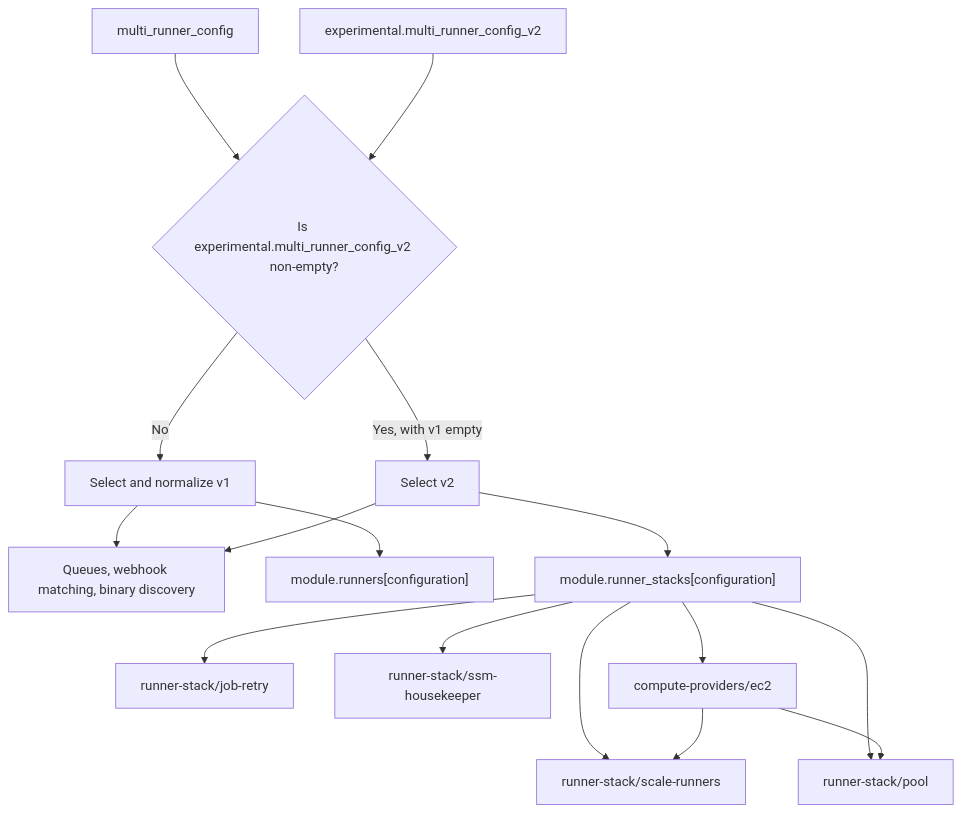
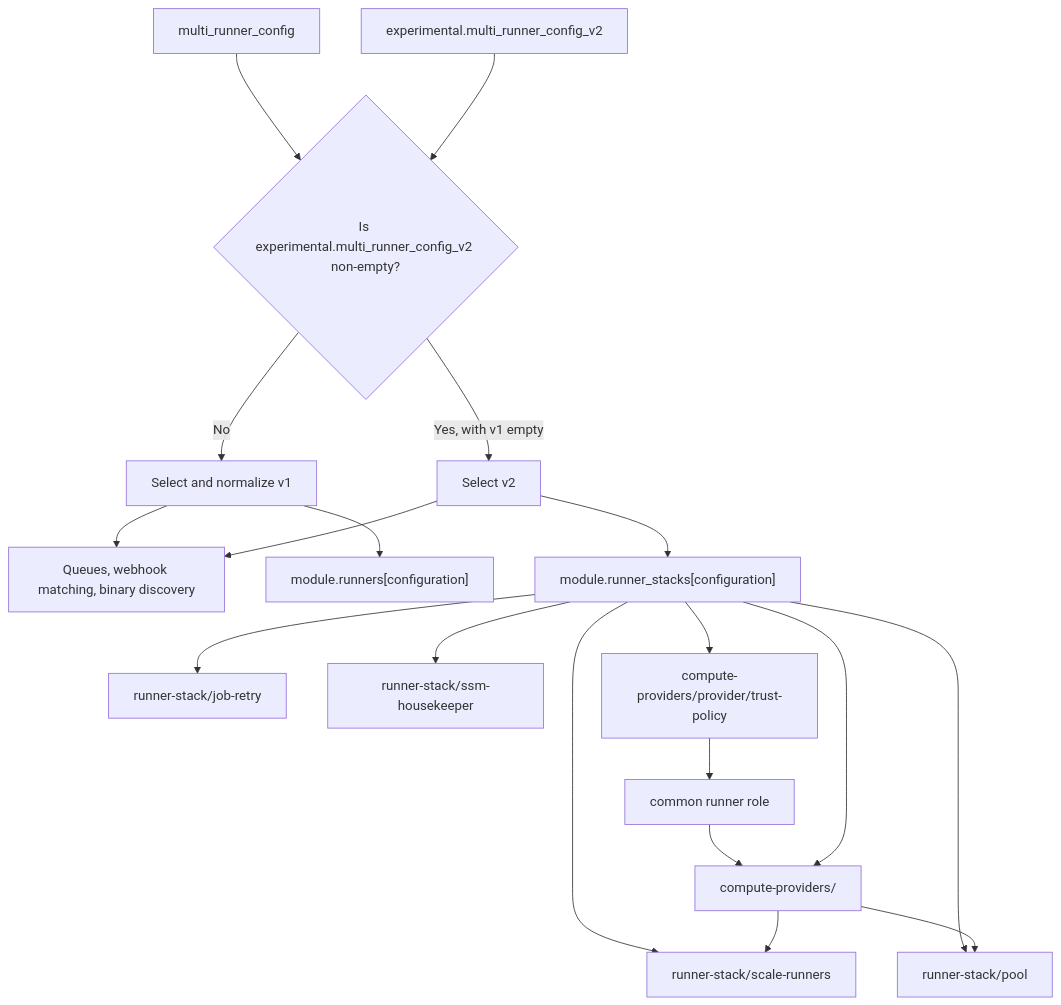
Before and after one commit to github-aws-runners/terraform-aws-github-runner: the diagram in docs/modules/internal/compute-provider-refactor.md, drawn with Mermaid. The commit also changed other lines of this file and 5 other files, not shown here.

Commit message:
docs(compute-providers): document EC2 provider boundary

````diff
--- a/docs/modules/internal/compute-provider-refactor.md
+++ b/docs/modules/internal/compute-provider-refactor.md
@@ -48,18 +51,21 @@
 ```mermaid
 flowchart TD
   Stable["multi_runner_config"] --> Select{"Is experimental.multi_runner_config_v2 non-empty?"}
   Experimental["experimental.multi_runner_config_v2"] --> Select
   Select -->|No| V1["Select and normalize v1"]
   Select -->|Yes, with v1 empty| V2["Select v2"]
   V1 --> Shared["Queues, webhook matching, binary discovery"]
   V2 --> Shared
   V1 --> Legacy["module.runners[configuration]"]
   V2 --> Stack["module.runner_stacks[configuration]"]
   Stack --> Scaling["runner-stack/scale-runners"]
   Stack --> Pool["runner-stack/pool"]
   Stack --> Retry["runner-stack/job-retry"]
   Stack --> Housekeeper["runner-stack/ssm-housekeeper"]
-  Stack --> Provider["compute-providers/ec2"]
+  Stack --> Trust["compute-providers/provider/trust-policy"]
+  Trust --> Role["common runner role"]
+  Role --> Provider
+  Stack --> Provider["compute-providers/<provider>"]
   Provider --> Scaling
   Provider --> Pool
 ```
````
